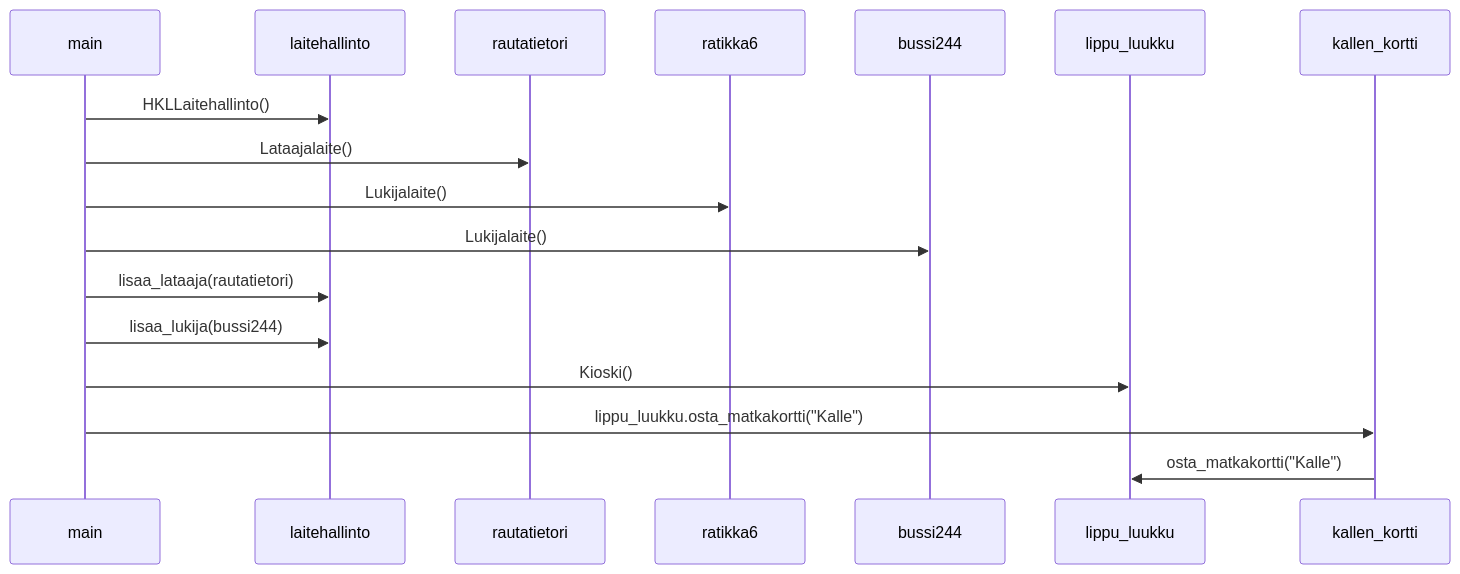
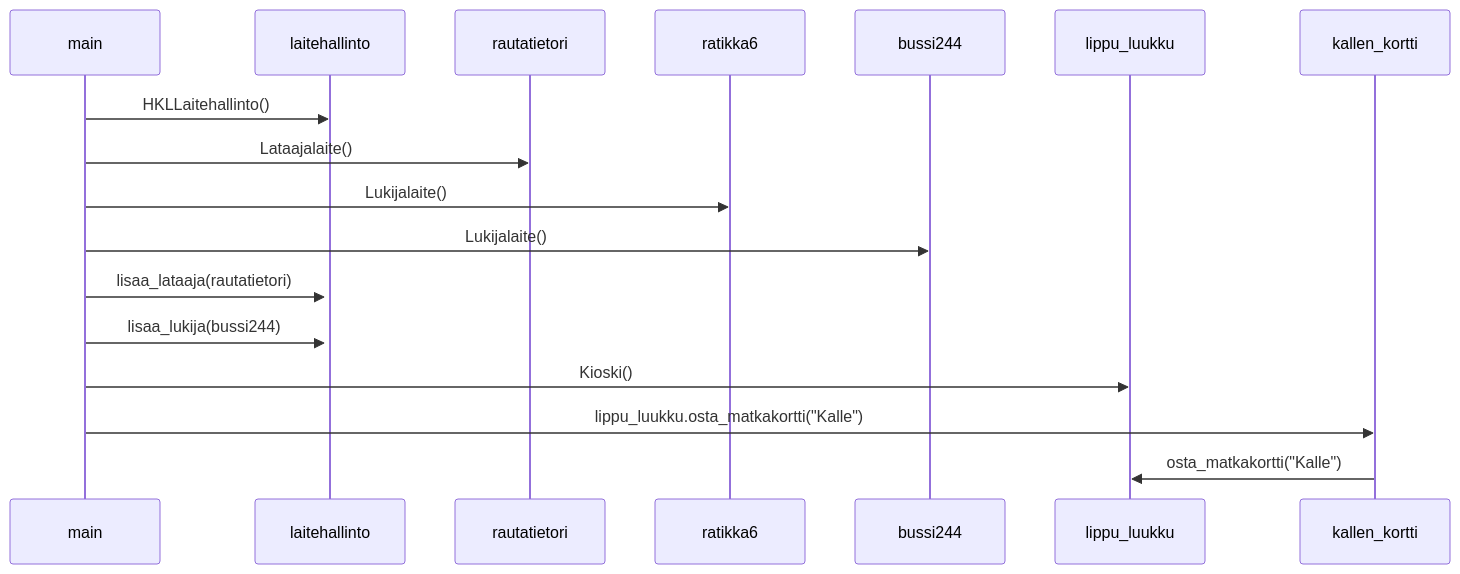
The diagram in laskarit/viikko3/hlsmatkakortti.md (hannat1/ot-harjoitustyo), drawn with Mermaid before and after one commit.

````diff
--- a/laskarit/viikko3/hlsmatkakortti.md
+++ b/laskarit/viikko3/hlsmatkakortti.md
@@ -3,25 +3,25 @@
 ```mermaid
 sequenceDiagram
     participant main
     participant laitehallinto
     participant rautatietori
     participant ratikka6
     participant bussi244
     participant lippu_luukku
     participant kallen_kortti
 
     main->>laitehallinto: HKLLaitehallinto()
     main->>rautatietori: Lataajalaite()
     main->>ratikka6: Lukijalaite()
     main->>bussi244: Lukijalaite()
 
-    main->>laitehallinto: lisaa_lataaja(rautatietori)
+    main->>+laitehallinto: lisaa_lataaja(rautatietori)
     main->>laitehallinto: lisaa_lukija(bussi244)
     main->>lippu_luukku: Kioski()
     main->>kallen_kortti: lippu_luukku.osta_matkakortti("Kalle")
     kallen_kortti->>lippu_luukku: osta_matkakortti("Kalle")
 
 
 
 
 ```
````
